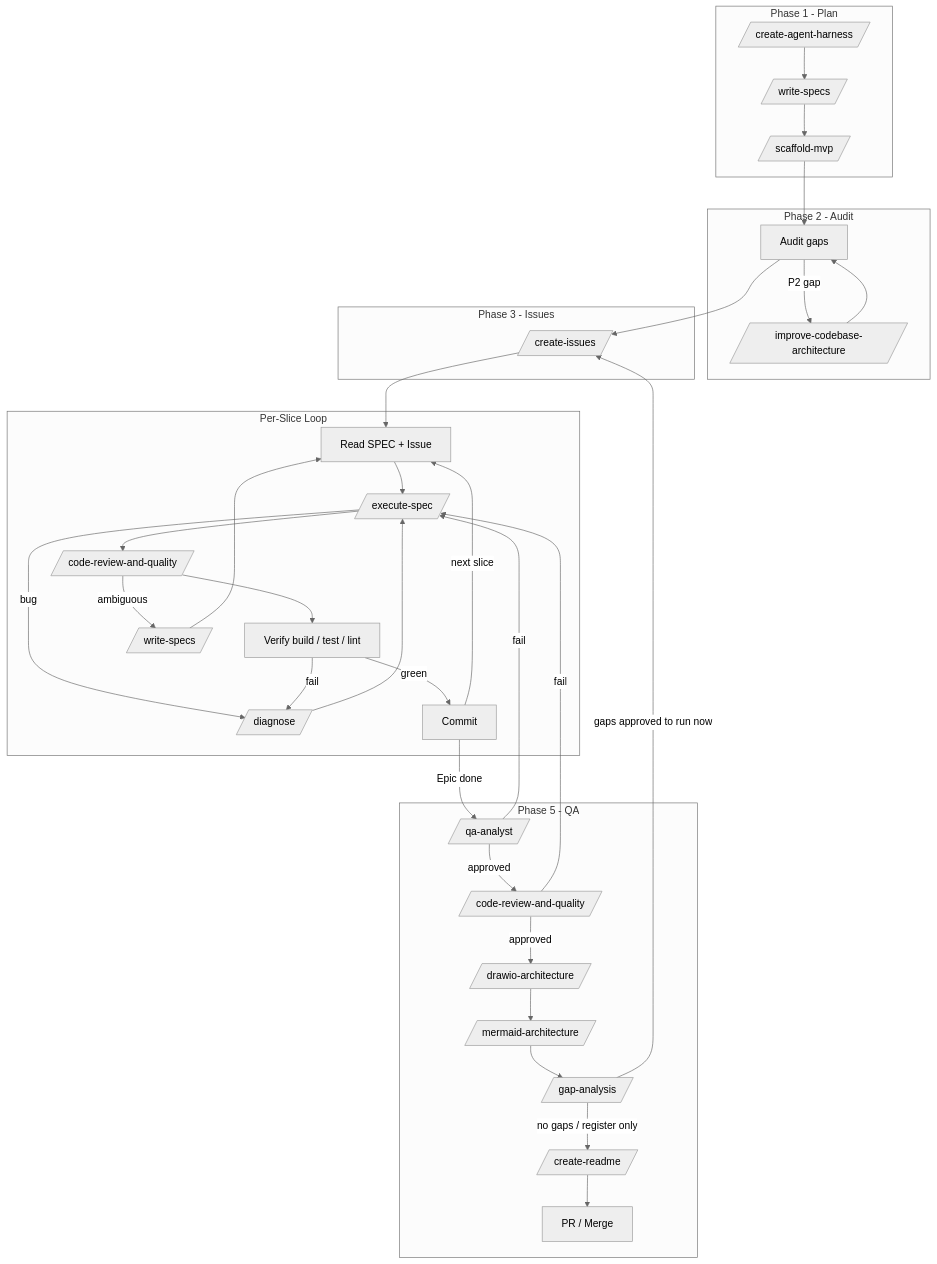
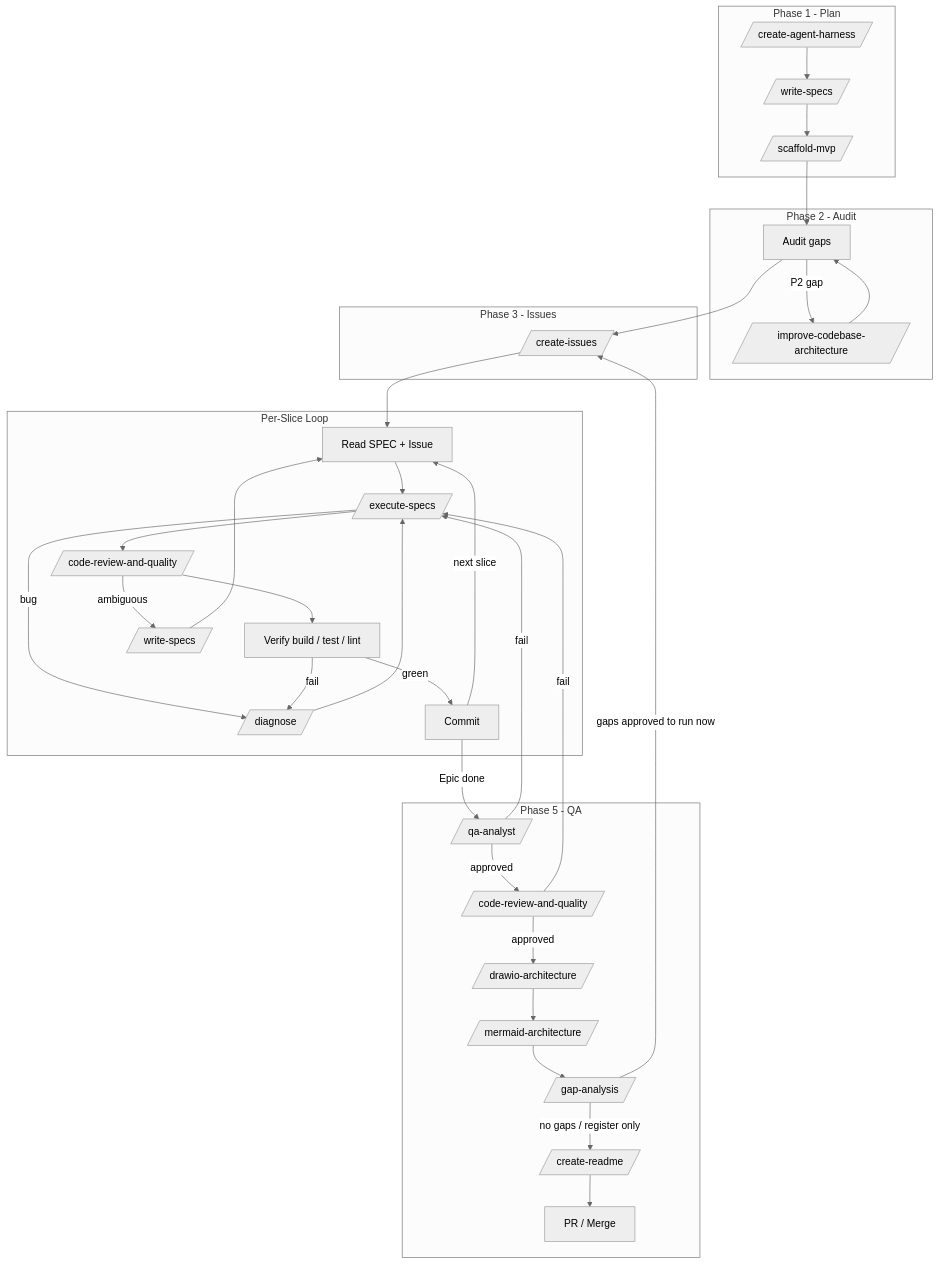
One commit to afonsoft/skills changed the diagram in skills/orchestrator/SKILL.md. Above: the diagram before and after it, drawn with Mermaid (neutral theme). The commit also changed other lines of this file and 31 other files, not shown here.

First line of the commit message:
refactor: rename execute-spec skill to execute-specs

````diff
--- a/skills/orchestrator/SKILL.md
+++ b/skills/orchestrator/SKILL.md
@@ -216,65 +216,65 @@
 ```mermaid
 flowchart TB
     subgraph Phase1["Phase 1 - Plan"]
         P1_H[/create-agent-harness/]
         P1_S[/write-specs/]
         P1_M[/scaffold-mvp/]
     end
 
     subgraph Phase2["Phase 2 - Audit"]
         P2_A["Audit gaps"]
         P2_F[/improve-codebase-architecture/]
     end
 
     subgraph Phase3["Phase 3 - Issues"]
         P3_I[/create-issues/]
     end
 
     subgraph Slice["Per-Slice Loop"]
         S_R["Read SPEC + Issue"]
-        S_T[/execute-spec/]
+        S_T[/execute-specs/]
         S_C[/code-review-and-quality/]
         S_D[/diagnose/]
         S_V["Verify build / test / lint"]
         S_G[/write-specs/]
         S_CM["Commit"]
     end
 
     subgraph Gate["Phase 5 - QA"]
         G_Q[/qa-analyst/]
         G_R[/code-review-and-quality/]
         G_D[/drawio-architecture/]
         G_MA[/mermaid-architecture/]
         G_GA[/gap-analysis/]
         G_M[/create-readme/]
         G_P["PR / Merge"]
     end
 
     P1_H --> P1_S
     P1_S --> P1_M
     P1_M --> P2_A
     P2_A -->|P2 gap| P2_F
     P2_F --> P2_A
     P2_A --> P3_I
     P3_I --> S_R
     S_R --> S_T
     S_T --> S_C
     S_C --> S_V
     S_V -->|green| S_CM
     S_T -->|bug| S_D
     S_D --> S_T
     S_C -->|ambiguous| S_G
     S_G --> S_R
     S_V -->|fail| S_D
     S_CM -->|next slice| S_R
     S_CM -->|Epic done| G_Q
     G_Q -->|approved| G_R
     G_Q -->|fail| S_T
     G_R -->|approved| G_D
     G_D --> G_MA
     G_MA --> G_GA
     G_GA -->|"no gaps / register only"| G_M
     G_GA -->|"gaps approved to run now"| P3_I
     G_R -->|fail| S_T
     G_M --> G_P
 ```
````
